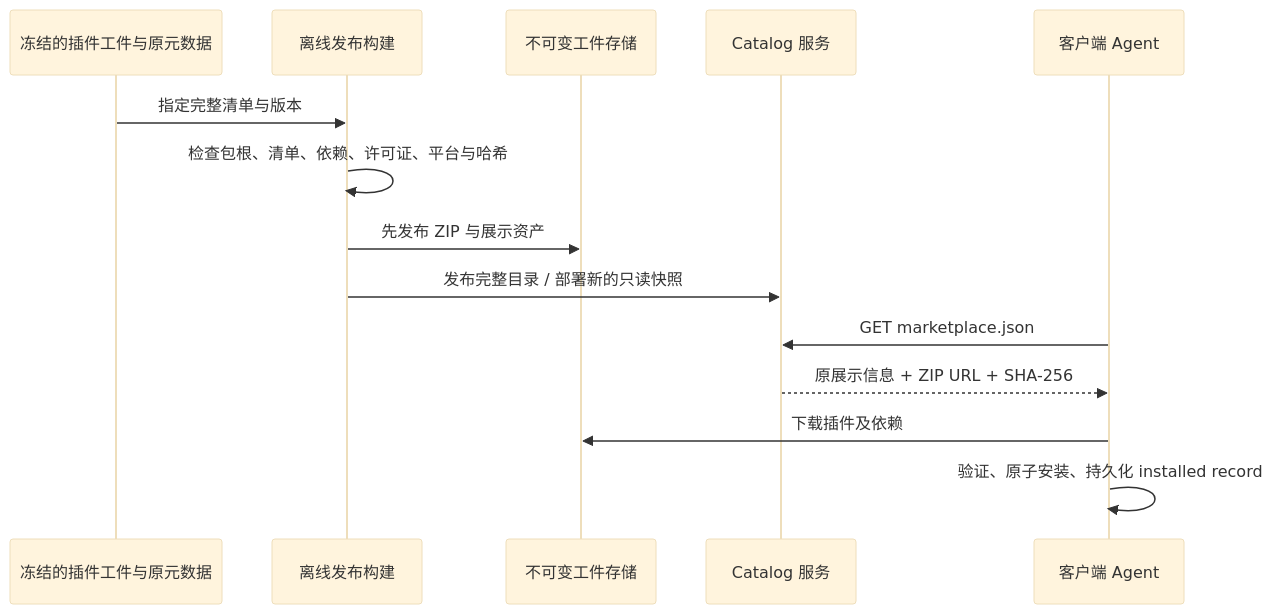
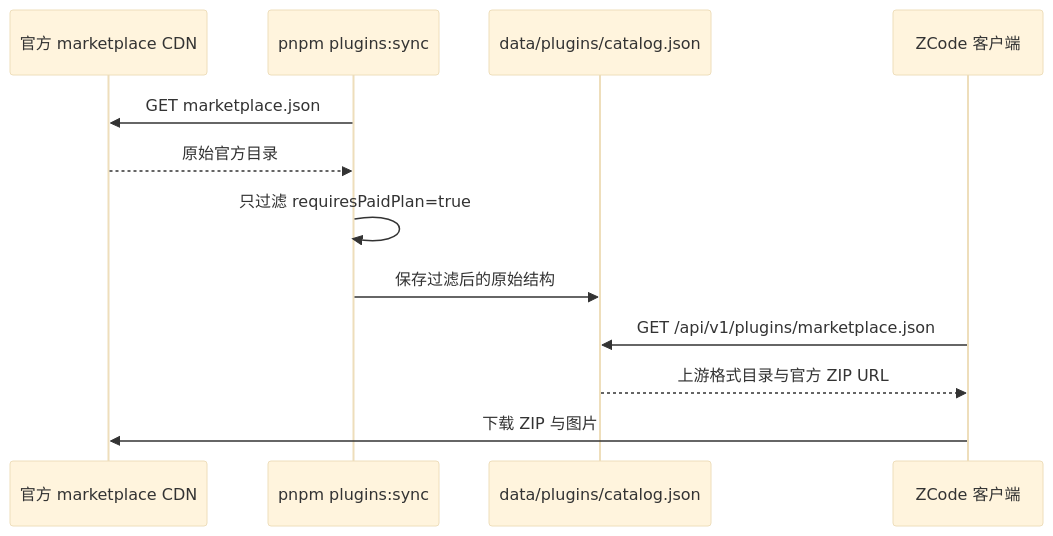
Before and after one commit to Leelion96/Open-ZCode-Server: the diagram in specs/plugin-marketplace.md, drawn with Mermaid (base theme). The commit also changed other lines of this file and 1458 other files, not shown here.

````diff
--- a/specs/plugin-marketplace.md
+++ b/specs/plugin-marketplace.md
@@ -134,16 +118,14 @@
 ```mermaid
 sequenceDiagram
-  participant Input as 冻结的插件工件与原元数据
-  participant Publish as 离线发布构建
-  participant Store as 不可变工件存储
-  participant Server as Catalog 服务
-  participant Agent as 客户端 Agent
-  Input->>Publish: 指定完整清单与版本
-  Publish->>Publish: 检查包根、清单、依赖、许可证、平台与哈希
-  Publish->>Store: 先发布 ZIP 与展示资产
-  Publish->>Server: 发布完整目录 / 部署新的只读快照
-  Agent->>Server: GET marketplace.json
-  Server-->>Agent: 原展示信息 + ZIP URL + SHA-256
-  Agent->>Store: 下载插件及依赖
-  Agent->>Agent: 验证、原子安装、持久化 installed record
+  participant CDN as 官方 marketplace CDN
+  participant Sync as pnpm plugins:sync
+  participant Catalog as data/plugins/catalog.json
+  participant Client as ZCode 客户端
+  Sync->>CDN: GET marketplace.json
+  CDN-->>Sync: 原始官方目录
+  Sync->>Sync: 只过滤 requiresPaidPlan=true
+  Sync->>Catalog: 保存过滤后的原始结构
+  Client->>Catalog: GET /api/v1/plugins/marketplace.json
+  Catalog-->>Client: 上游格式目录与官方 ZIP URL
+  Client->>CDN: 下载 ZIP 与图片
 ```
````
